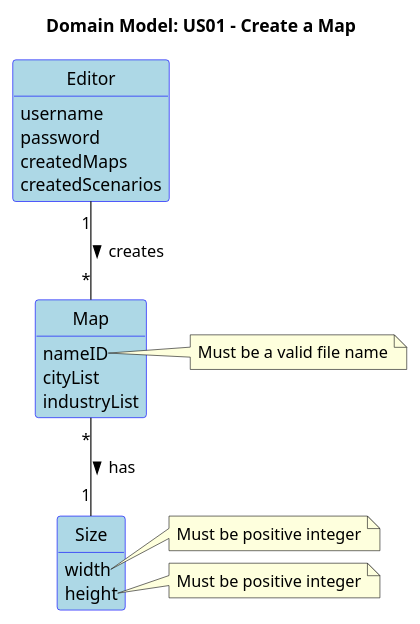
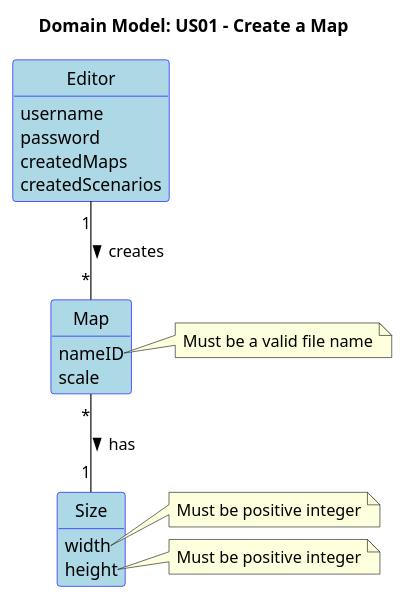
Before and after one commit to HenriqueSilva18/Railway-Network-Simulator: the diagram in docs/system-documentation/Sprint 3/US01/02.analysis/puml/US01-DM.puml, drawn with PlantUML. The commit also changed 9 other files, not shown here.

```diff
--- a/docs/system-documentation/Sprint 3/US01/02.analysis/puml/US01-DM.puml
+++ b/docs/system-documentation/Sprint 3/US01/02.analysis/puml/US01-DM.puml
@@ -1,46 +1,45 @@
 @startuml
 skinparam shadowing false
 skinparam classAttributeIconSize 0
 skinparam class {
   BackgroundColor LightBlue
   BorderColor Blue
 }
 
 hide circle
 hide methods
 title Domain Model: US01 - Create a Map
 
 class Editor {
   username
   password
   createdMaps
   createdScenarios
 }
 
 class Map {
   nameID
-  cityList
-  industryList
+  scale
 }
 
 class Size {
   width
   height
 }
 
 note right of Map::nameID
   Must be a valid file name
 end note
 
 note right of Size::width
   Must be positive integer
 end note
 
 note right of Size::height
   Must be positive integer
 end note
 
 Editor "1" -- "*" Map : creates >
 Map "*" -- "1" Size : has >
 
 @enduml
```
